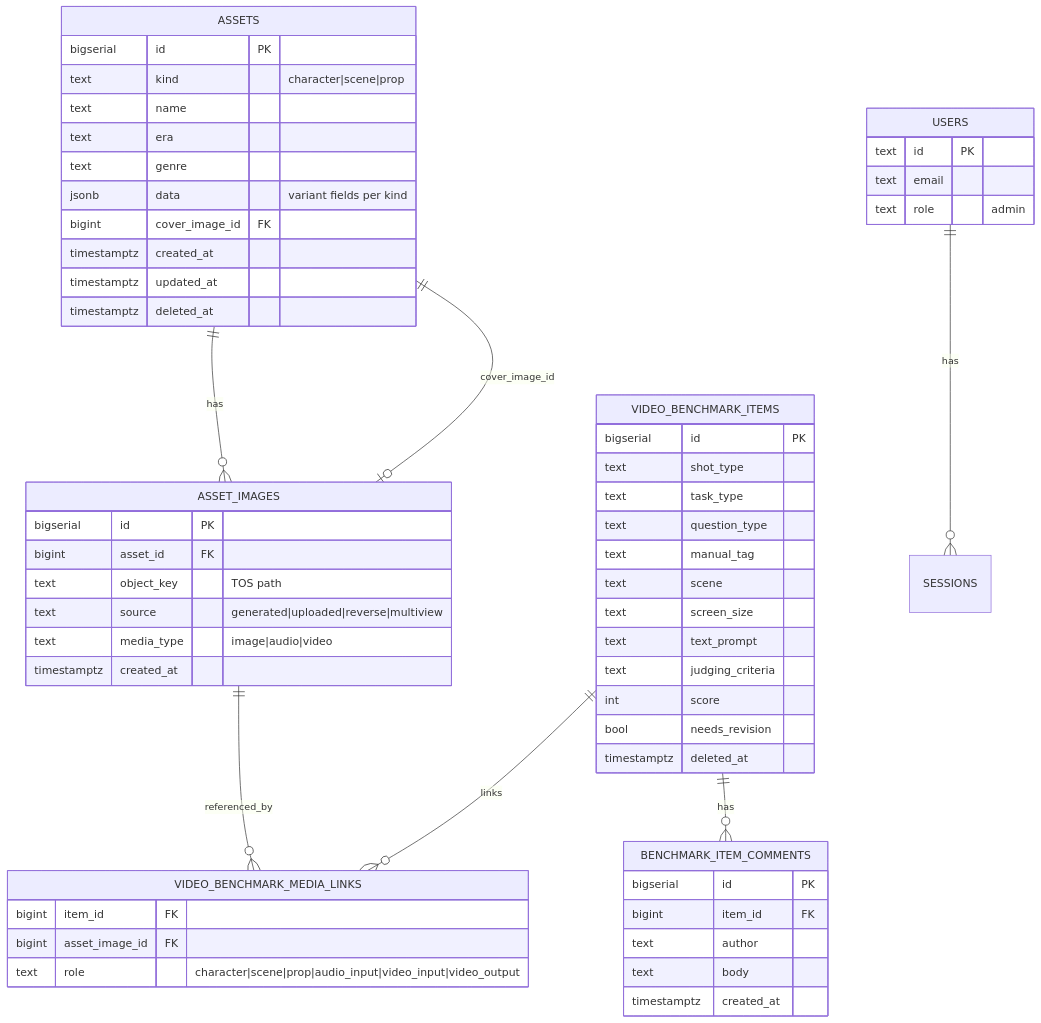
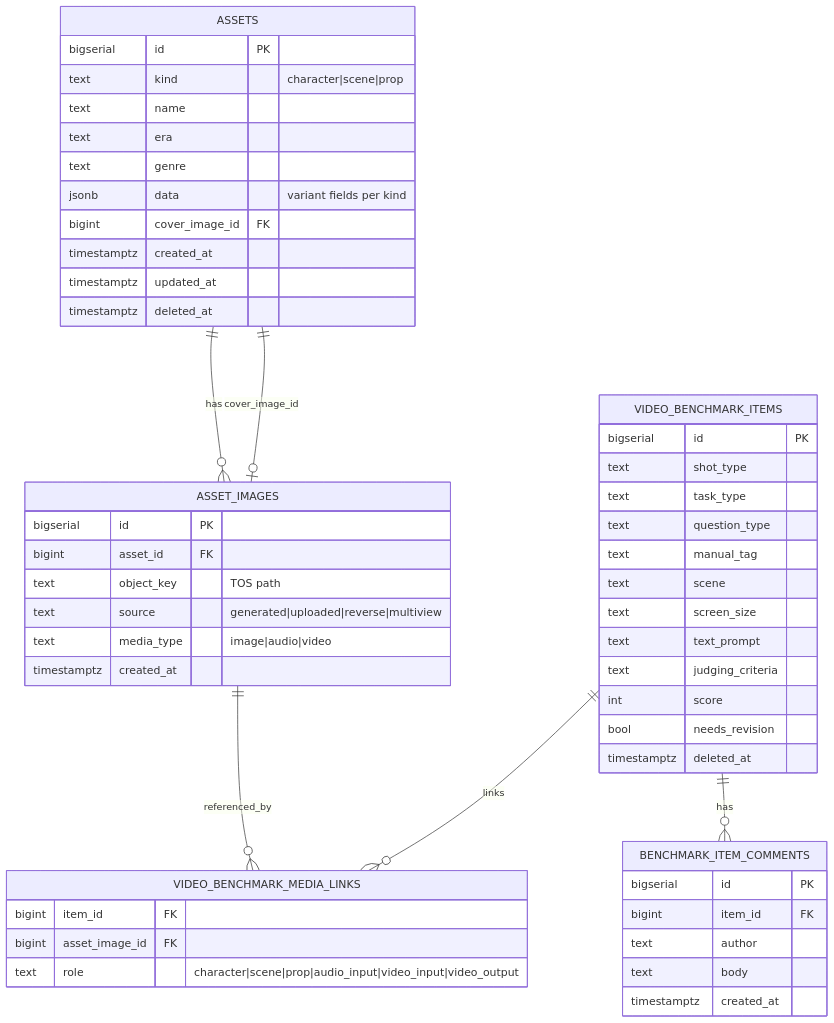
One commit to smilexuhc/benchmark-repo changed the second of 4 diagrams in docs/plans/2026-05-30-001-refactor-asset-library-stack-rebuild-plan.md. Above: the diagram before and after it, drawn with Mermaid. The commit also changed other lines of this file, not shown here.

First line of the commit message:
docs: finalize Milestone 1 architecture for asset library rebuild

````diff
--- a/docs/plans/2026-05-30-001-refactor-asset-library-stack-rebuild-plan.md
+++ b/docs/plans/2026-05-30-001-refactor-asset-library-stack-rebuild-plan.md
@@ -60,61 +92,55 @@
 ```mermaid
 erDiagram
   ASSETS ||--o{ ASSET_IMAGES : has
   ASSETS ||--o| ASSET_IMAGES : "cover_image_id"
   VIDEO_BENCHMARK_ITEMS ||--o{ VIDEO_BENCHMARK_MEDIA_LINKS : links
   VIDEO_BENCHMARK_ITEMS ||--o{ BENCHMARK_ITEM_COMMENTS : has
   ASSET_IMAGES ||--o{ VIDEO_BENCHMARK_MEDIA_LINKS : referenced_by
-  USERS ||--o{ SESSIONS : has
 
   ASSETS {
     bigserial id PK
     text kind "character|scene|prop"
     text name
     text era
     text genre
     jsonb data "variant fields per kind"
     bigint cover_image_id FK
     timestamptz created_at
     timestamptz updated_at
     timestamptz deleted_at
   }
   ASSET_IMAGES {
     bigserial id PK
     bigint asset_id FK
     text object_key "TOS path"
     text source "generated|uploaded|reverse|multiview"
     text media_type "image|audio|video"
     timestamptz created_at
   }
   VIDEO_BENCHMARK_ITEMS {
     bigserial id PK
     text shot_type
     text task_type
     text question_type
     text manual_tag
     text scene
     text screen_size
     text text_prompt
     text judging_criteria
     int score
     bool needs_revision
     timestamptz deleted_at
   }
   VIDEO_BENCHMARK_MEDIA_LINKS {
     bigint item_id FK
     bigint asset_image_id FK
     text role "character|scene|prop|audio_input|video_input|video_output"
   }
   BENCHMARK_ITEM_COMMENTS {
     bigserial id PK
     bigint item_id FK
     text author
     text body
     timestamptz created_at
   }
-  USERS {
-    text id PK
-    text email
-    text role "admin"
-  }
 ```
````
